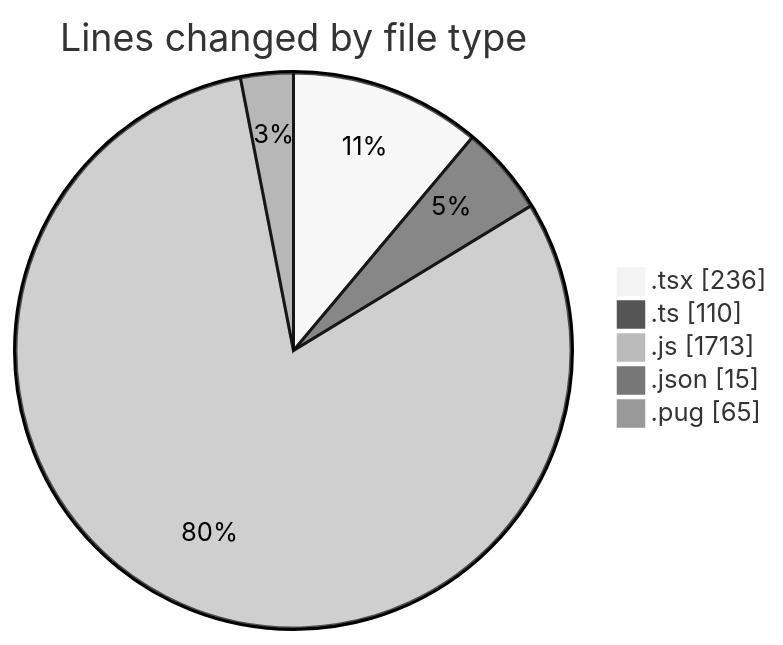
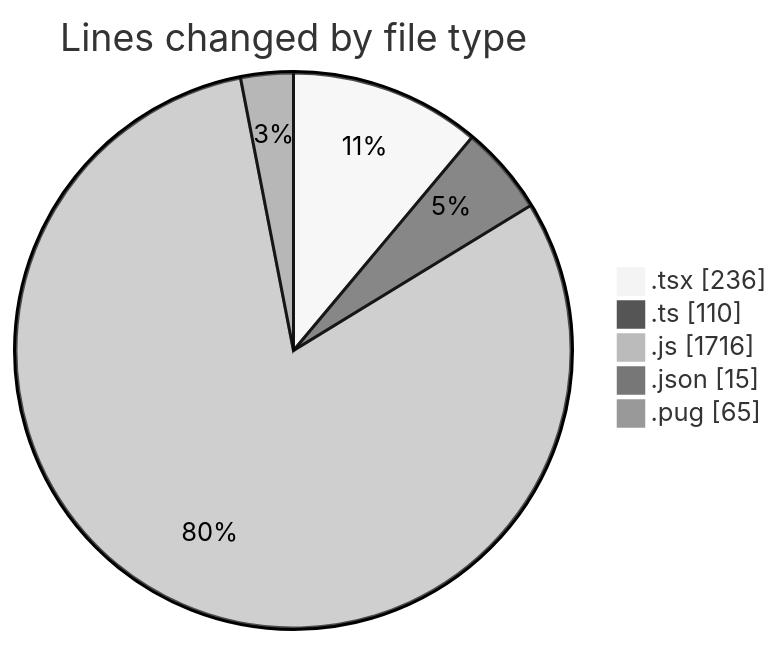
The first of 2 diagrams in 2025-03-24/cda/README.md (momahboobian/code-tracking), drawn with Mermaid (neutral theme) before and after one commit. The commit also changed other lines of this file and 1 other file, not shown here.

````diff
--- a/2025-03-24/cda/README.md
+++ b/2025-03-24/cda/README.md
@@ -30,9 +30,9 @@
 ```mermaid
 pie showData
 title Lines changed by file type
 ".tsx" : 236
 ".ts" : 110
-".js" : 1713
+".js" : 1716
 ".json" : 15
 ".pug" : 65
 ```
````
